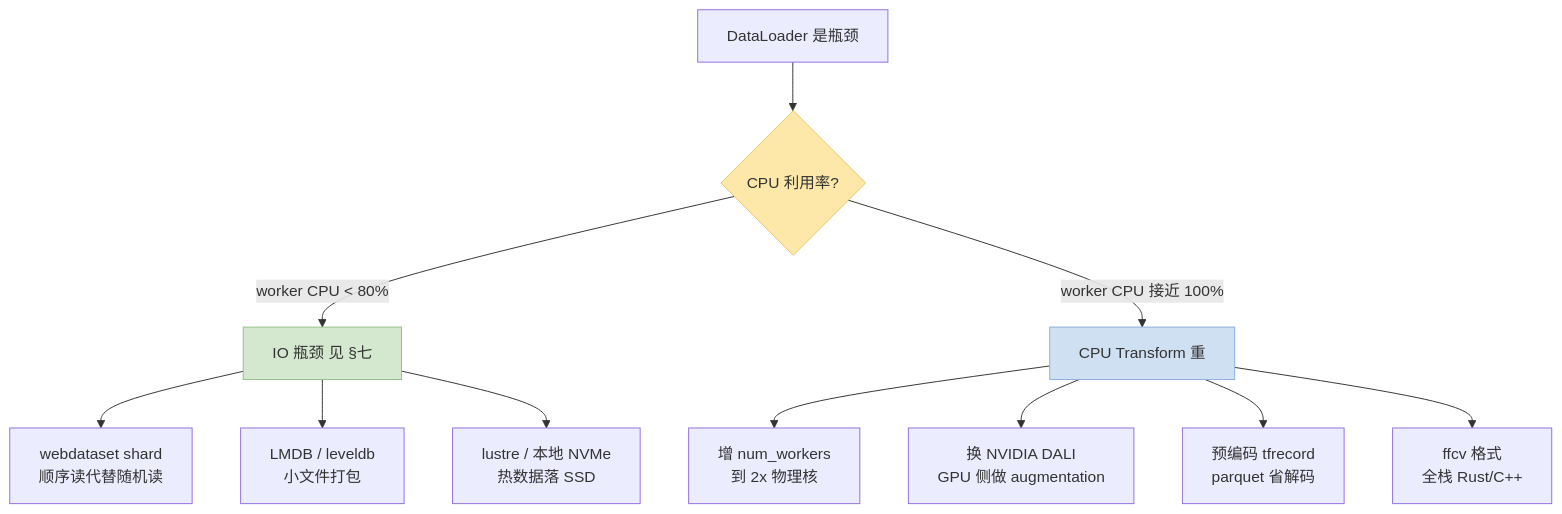
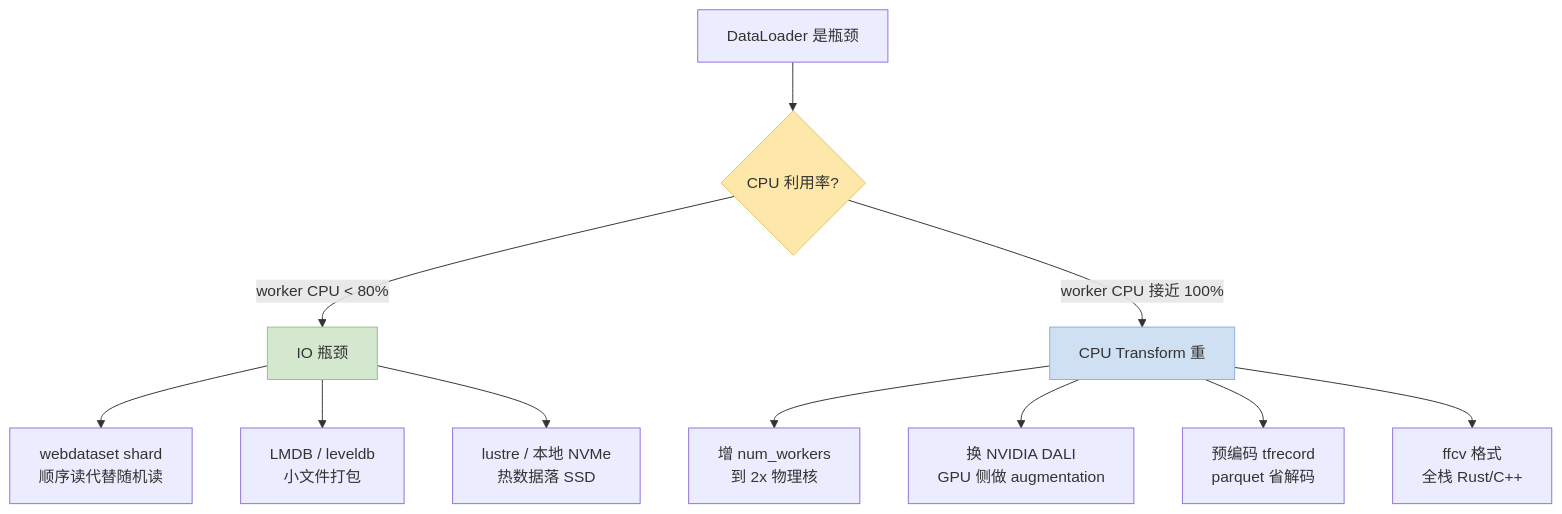
The fifth of 6 diagrams in posts/2026-05-07-python-cpu-bottleneck-troubleshooting-sop.md (pengyanai/notebook), drawn with Mermaid before and after one commit. The commit also changed other lines of this file and 3 other files, not shown here.

````diff
--- a/posts/2026-05-07-python-cpu-bottleneck-troubleshooting-sop.md
+++ b/posts/2026-05-07-python-cpu-bottleneck-troubleshooting-sop.md
@@ -558,19 +617,19 @@
 ```mermaid
 graph TD
     S[DataLoader 是瓶颈] --> Q1{CPU 利用率?}
-    Q1 -->|worker CPU < 80%| IO[IO 瓶颈 见 §七]
+    Q1 -->|worker CPU < 80%| IO[IO 瓶颈]
     Q1 -->|worker CPU 接近 100%| CPU[CPU Transform 重]
 
     CPU --> F1[增 num_workers<br/>到 2x 物理核]
     CPU --> F2[换 NVIDIA DALI<br/>GPU 侧做 augmentation]
     CPU --> F3[预编码 tfrecord<br/>parquet 省解码]
     CPU --> F4[ffcv 格式<br/>全栈 Rust/C++]
 
     IO --> F5[webdataset shard<br/>顺序读代替随机读]
     IO --> F6[LMDB / leveldb<br/>小文件打包]
     IO --> F7[lustre / 本地 NVMe<br/>热数据落 SSD]
 
     style Q1 fill:#FDE8A9,stroke:#E7C56D
     style CPU fill:#CFE0F3,stroke:#8AB0DB
     style IO fill:#D4E8CF,stroke:#94C18A
 ```
````
